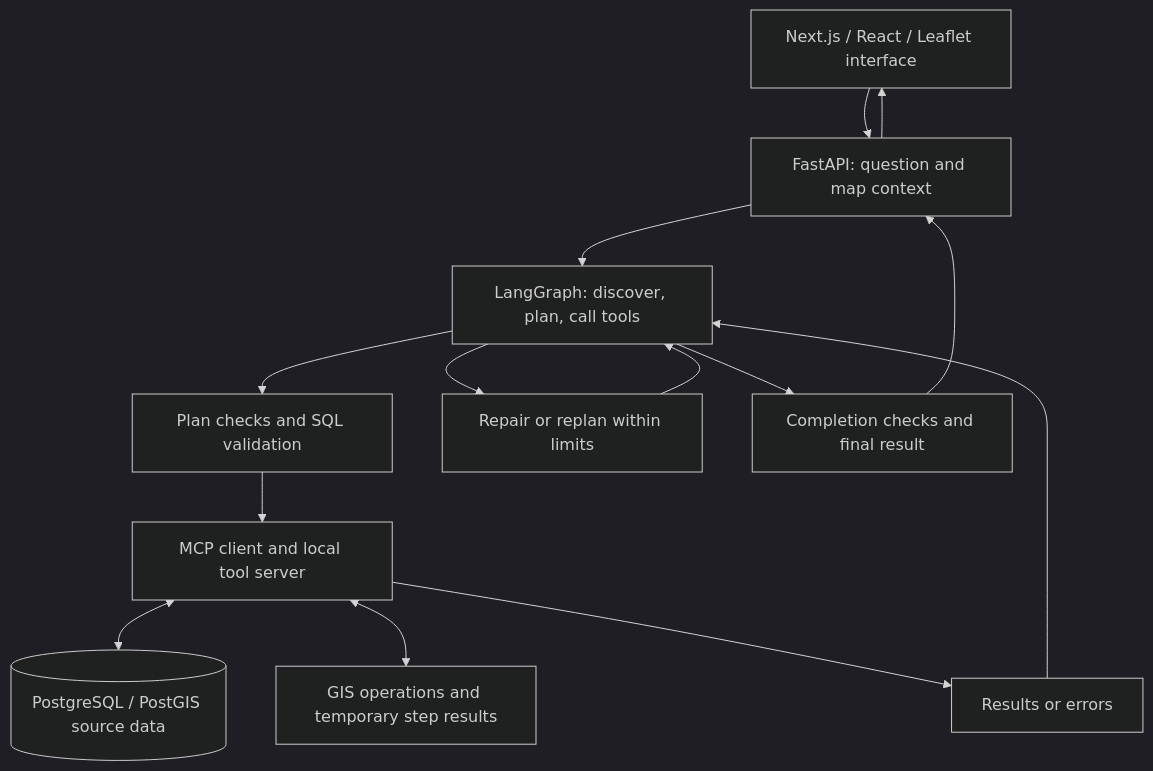
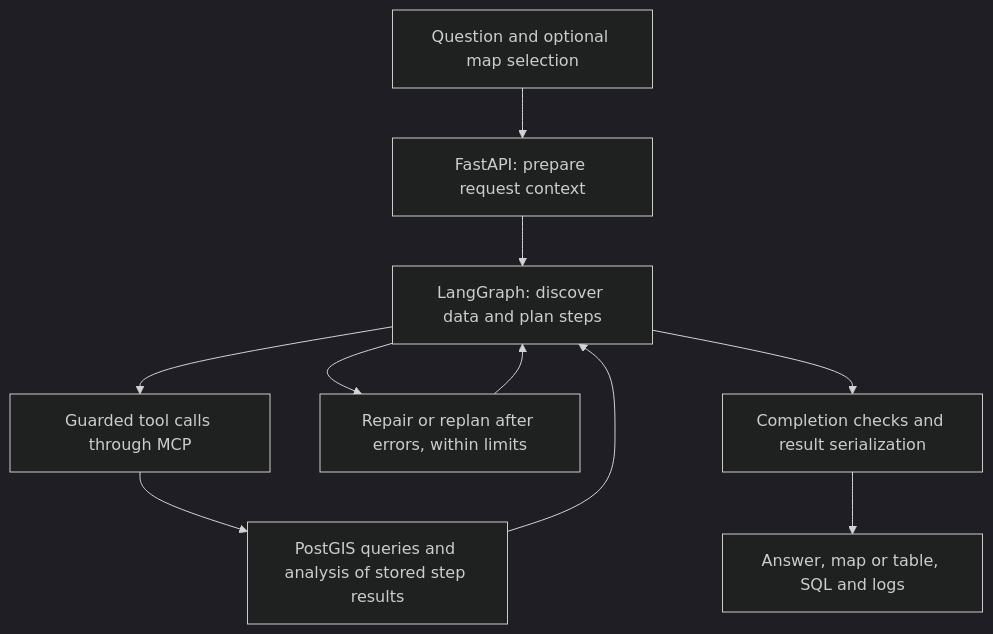
The diagram in README.md (gnanavelsander/Master-Nordkart), drawn with Mermaid (dark theme) before and after one commit. The commit also changed other lines of this file and 3 other files, not shown here.

Commit message:
docs: guide readers through GIS workflow and implementation

````diff
--- a/README.md
+++ b/README.md
@@ -23,16 +17,12 @@
 ```mermaid
 flowchart TD
-    UI["Next.js / React / Leaflet interface"] --> API["FastAPI: question and map context"]
-    API --> AG["LangGraph: discover, plan, call tools"]
-    AG --> GUARD["Plan checks and SQL validation"]
-    GUARD --> MCP["MCP client and local tool server"]
-    MCP <--> PG[("PostgreSQL / PostGIS source data")]
-    MCP <--> STORE["GIS operations and temporary step results"]
-    MCP --> FEEDBACK["Results or errors"]
-    FEEDBACK --> AG
-    AG --> REPLAN["Repair or replan within limits"]
-    REPLAN --> AG
-    AG --> FINAL["Completion checks and final result"]
-    FINAL --> API
-    API --> UI
+    UI["Question and optional map selection"] --> API["FastAPI: prepare request context"]
+    API --> AG["LangGraph: discover data and plan steps"]
+    AG --> TOOLS["Guarded tool calls through MCP"]
+    TOOLS --> DATA["PostGIS queries and analysis of stored step results"]
+    DATA --> AG
+    AG --> REPAIR["Repair or replan after errors, within limits"]
+    REPAIR --> AG
+    AG --> RESULT["Completion checks and result serialization"]
+    RESULT --> VIEW["Answer, map or table, SQL and logs"]
 ```
````
